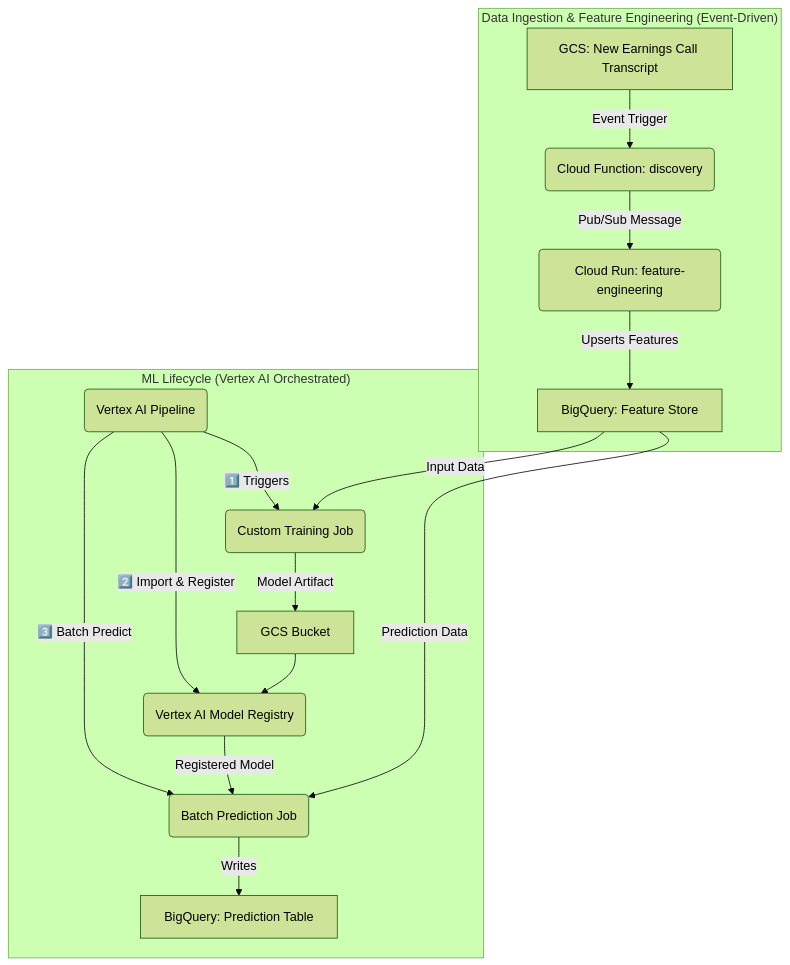
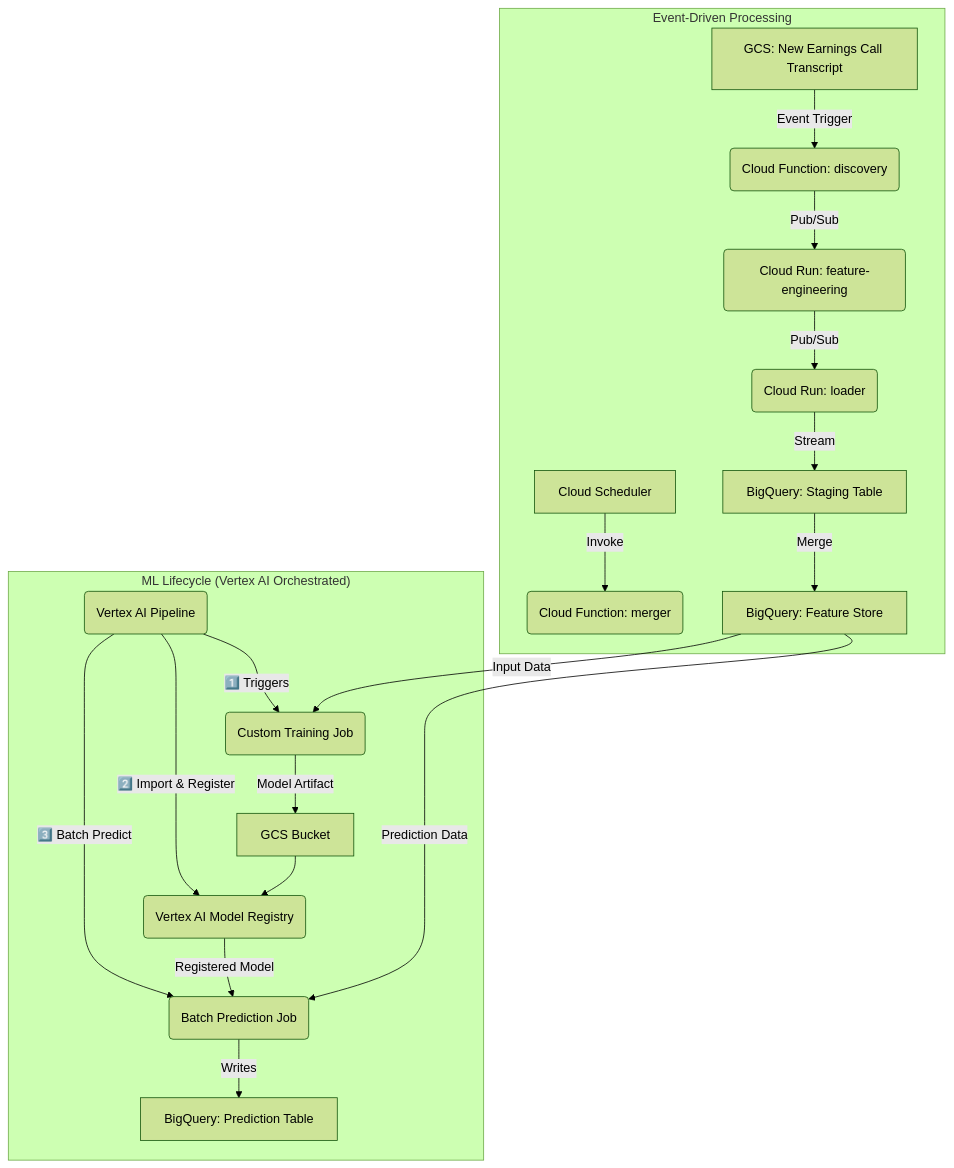
One commit to DevDizzle/profitscout-models changed the diagram in README.md. Above: the diagram before and after it, drawn with Mermaid (forest theme). The commit also changed other lines of this file, not shown here.

Commit message:
docs: document staging-based loader and merger

````diff
--- a/README.md
+++ b/README.md
@@ -28,20 +33,23 @@
 ```mermaid
 graph TD
-  subgraph "Data Ingestion & Feature Engineering (Event-Driven)"
+  subgraph "Event-Driven Processing"
     A[GCS: New Earnings Call Transcript] -->|Event Trigger| B(Cloud Function: discovery)
-    B -->|Pub/Sub Message| C(Cloud Run: feature-engineering)
-    C -->|Upserts Features| D[BigQuery: Feature Store]
+    B -->|Pub/Sub| C(Cloud Run: feature-engineering)
+    C -->|Pub/Sub| D(Cloud Run: loader)
+    D -->|Stream| E[BigQuery: Staging Table]
+    F[Cloud Scheduler] -->|Invoke| G(Cloud Function: merger)
+    E -->|Merge| H[BigQuery: Feature Store]
   end
 
   subgraph "ML Lifecycle (Vertex AI Orchestrated)"
-    E(Vertex AI Pipeline) -->|1️⃣ Triggers| F(Custom Training Job)
-    D -->|Input Data| F
-    F -->|Model Artifact| G[GCS Bucket]
-    E -->|2️⃣ Import & Register| H(Vertex AI Model Registry)
-    G --> H
-    E -->|3️⃣ Batch Predict| I(Batch Prediction Job)
-    H -->|Registered Model| I
-    D -->|Prediction Data| I
-    I -->|Writes| J[BigQuery: Prediction Table]
+    I(Vertex AI Pipeline) -->|1️⃣ Triggers| J(Custom Training Job)
+    H -->|Input Data| J
+    J -->|Model Artifact| K[GCS Bucket]
+    I -->|2️⃣ Import & Register| L(Vertex AI Model Registry)
+    K --> L
+    I -->|3️⃣ Batch Predict| M(Batch Prediction Job)
+    L -->|Registered Model| M
+    H -->|Prediction Data| M
+    M -->|Writes| N[BigQuery: Prediction Table]
   end
   ```
````
